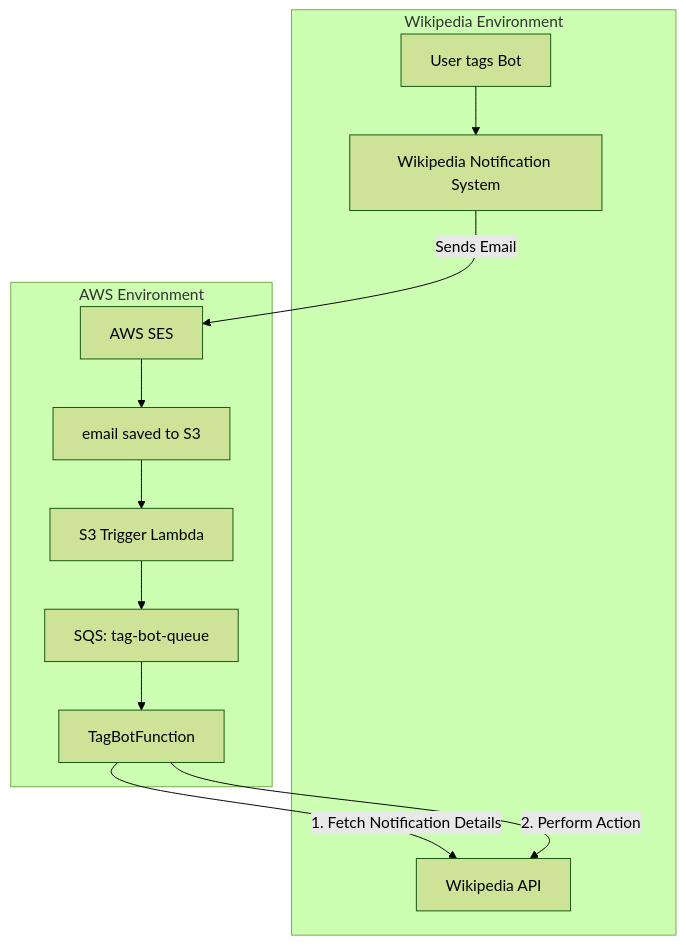
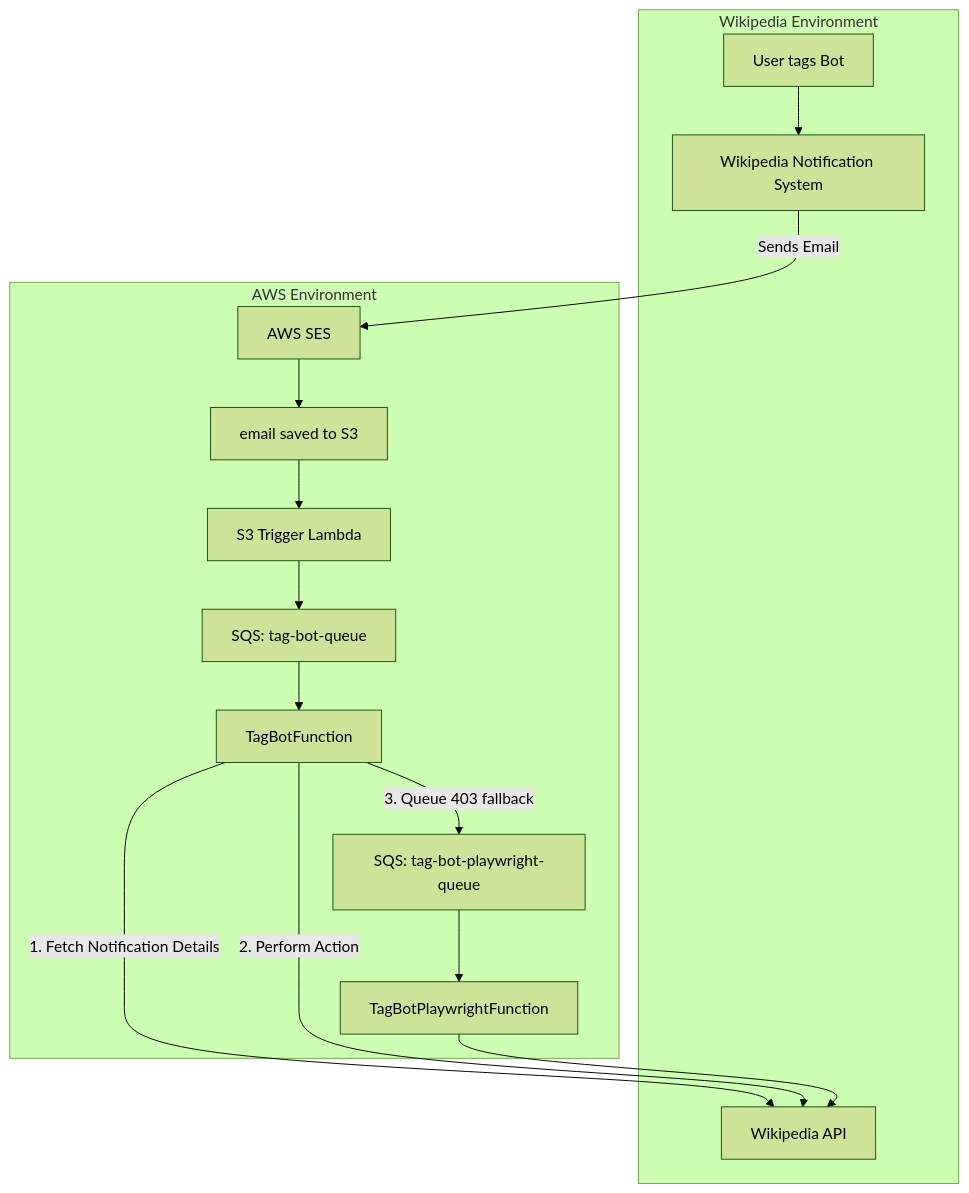
The second of 2 diagrams in README.md (EladHeller/wiki-bot), drawn with Mermaid (forest theme) before and after one commit. The commit also changed 11 other files, not shown here.

````diff
--- a/README.md
+++ b/README.md
@@ -32,25 +32,30 @@
 ```mermaid
 graph TD
     subgraph Wikipedia [Wikipedia Environment]
         User[User tags Bot]
         WikiNotif[Wikipedia Notification System]
         WikipediaAPI[Wikipedia API]
     end
 
     subgraph AWS [AWS Environment]
         SES[AWS SES]
         S3[email saved to S3]
         S3Lambda[S3 Trigger Lambda]
         SQS[SQS: tag-bot-queue]
+        PlaywrightQueue[SQS: tag-bot-playwright-queue]
         TagBotLambda[TagBotFunction]
+        TagBotPlaywrightLambda[TagBotPlaywrightFunction]
     end
 
     User --> WikiNotif
     WikiNotif -- Sends Email --> SES
     SES --> S3
     S3 --> S3Lambda
     S3Lambda --> SQS
     SQS --> TagBotLambda
     TagBotLambda -- "1. Fetch Notification Details" --> WikipediaAPI
     TagBotLambda -- "2. Perform Action" --> WikipediaAPI
+    TagBotLambda -- "3. Queue 403 fallback" --> PlaywrightQueue
+    PlaywrightQueue --> TagBotPlaywrightLambda
+    TagBotPlaywrightLambda --> WikipediaAPI
 ```
````
